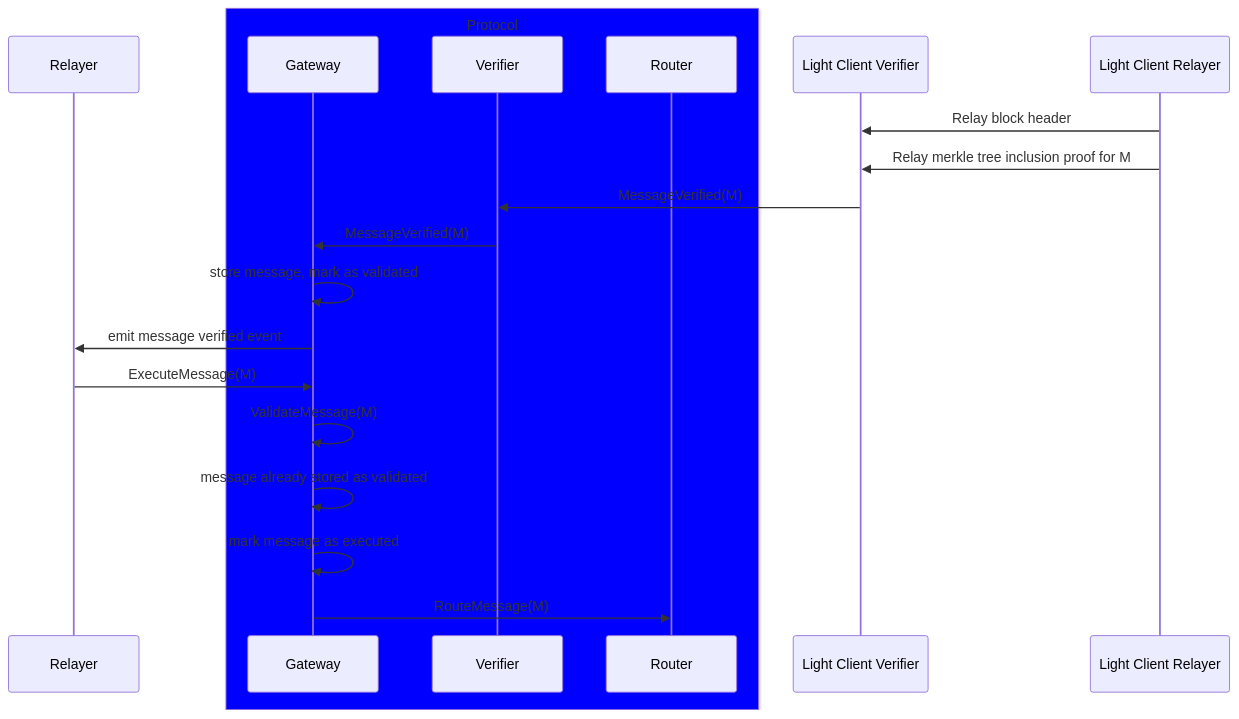
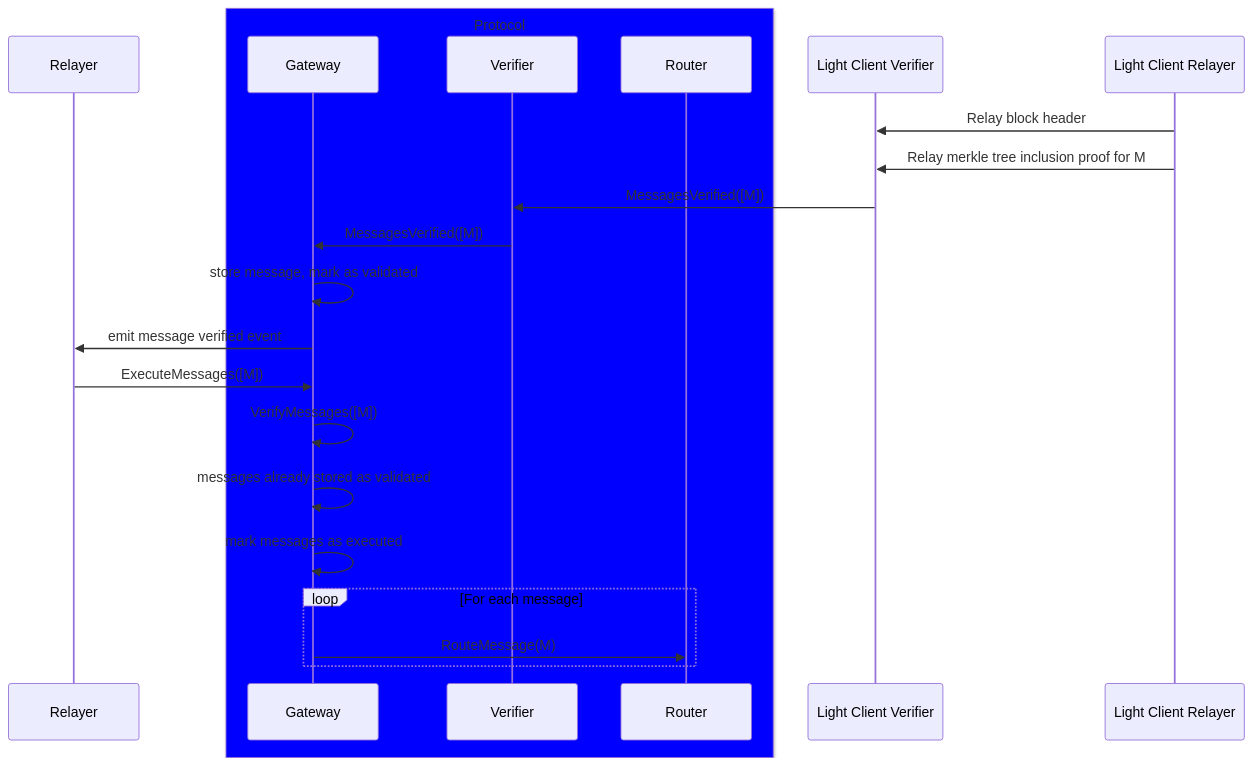
One commit to axelarnetwork/axelar-amplifier changed the ninth of 13 diagrams in README.md. Above: the diagram before and after it, drawn with Mermaid. The commit also changed other lines of this file, not shown here.

````diff
--- a/README.md
+++ b/README.md
@@ -293,25 +307,27 @@
 ```mermaid
 sequenceDiagram
     participant Relayer
     box Blue Protocol
     participant Gateway
     participant Verifier
     participant Router
     end
     participant Light Client Verifier
     participant Light Client Relayer
 
     Light Client Relayer->>Light Client Verifier: Relay block header
     Light Client Relayer->>Light Client Verifier: Relay merkle tree inclusion proof for M
-    Light Client Verifier->>Verifier: MessageVerified(M)
-    Verifier->>Gateway: MessageVerified(M)
+    Light Client Verifier->>Verifier: MessagesVerified([M])
+    Verifier->>Gateway: MessagesVerified([M])
     Gateway->>Gateway: store message, mark as validated
     Gateway->>Relayer: emit message verified event
 
 
-    Relayer->>Gateway: ExecuteMessage(M)
-    Gateway->>Gateway: ValidateMessage(M)
-    Gateway->>Gateway: message already stored as validated
-    Gateway->>Gateway: mark message as executed
-    Gateway->>Router: RouteMessage(M)
+    Relayer->>Gateway: ExecuteMessages([M])
+    Gateway->>Gateway: VerifyMessages([M])
+    Gateway->>Gateway: messages already stored as validated
+    Gateway->>Gateway: mark messages as executed
+    loop For each message
+        Gateway->>Router: RouteMessage(M)
+    end
 ```
````
